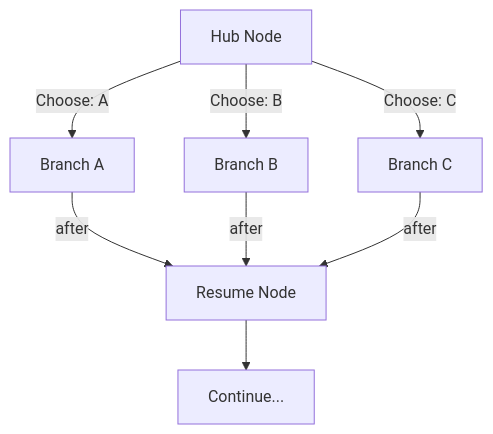
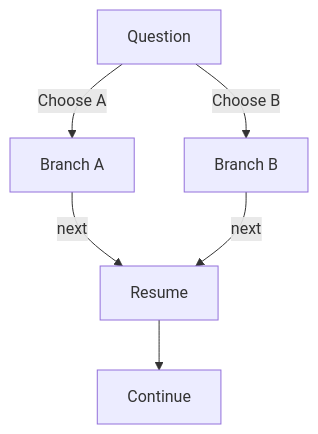
The second of 4 diagrams in docs/src/content/docs/spec/traversal.md (tiberius-s/fireside), drawn with Mermaid before and after one commit. The commit also changed other lines of this file and 13 other files, not shown here.

````diff
--- a/docs/src/content/docs/spec/traversal.md
+++ b/docs/src/content/docs/spec/traversal.md
@@ -338,10 +126,8 @@
 ```mermaid
 graph TD
-    Hub[Hub Node] -->|Choose: A| A[Branch A]
-    Hub -->|Choose: B| B[Branch B]
-    Hub -->|Choose: C| C[Branch C]
-    A -->|after| Resume[Resume Node]
-    B -->|after| Resume
-    C -->|after| Resume
-    Resume --> Next[Continue...]
+  Q[Question] -->|Choose A| A[Branch A]
+  Q -->|Choose B| B[Branch B]
+  A -->|next| R[Resume]
+  B -->|next| R
+  R --> N[Continue]
 ```
````
